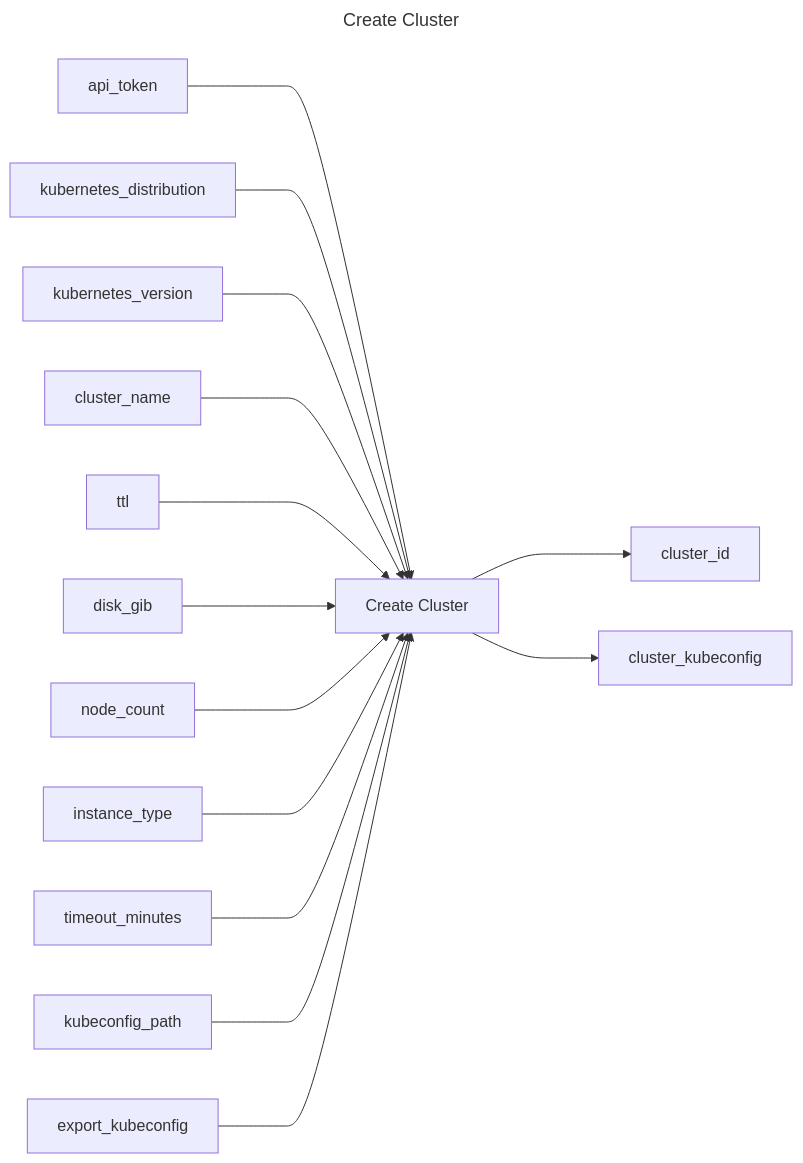
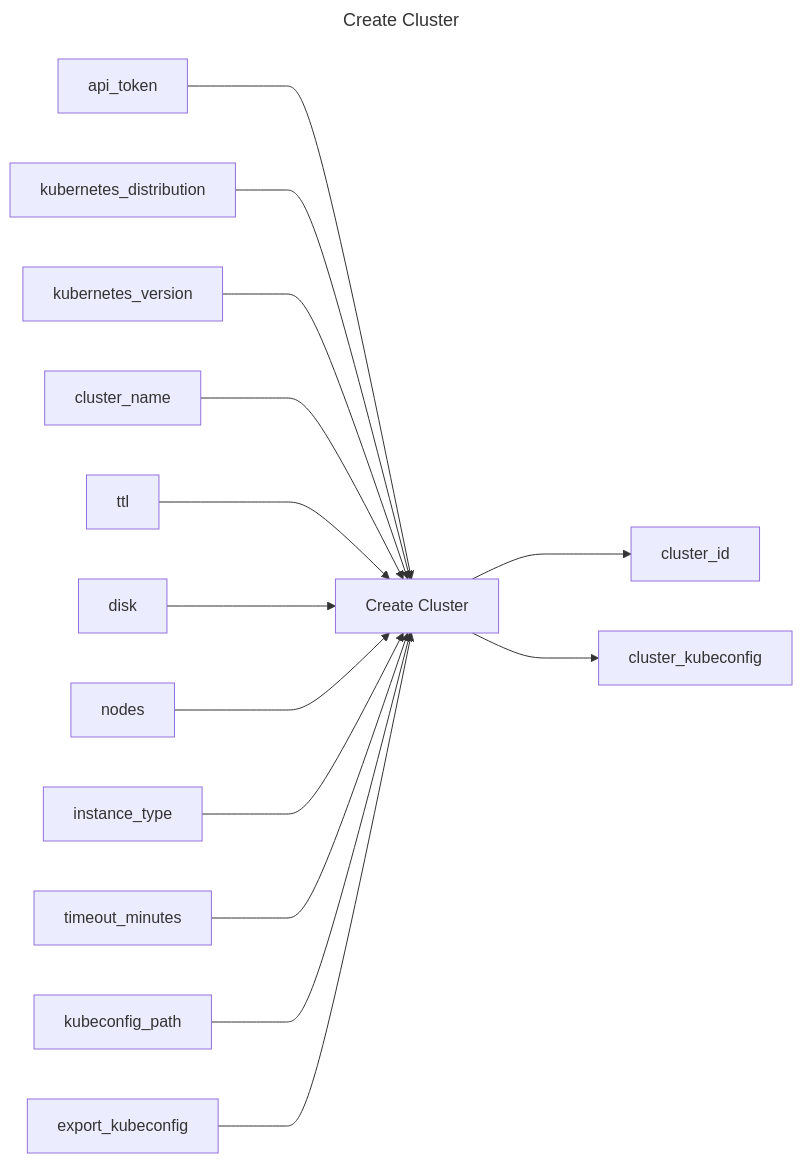
One commit to replicatedhq/replicated-actions changed the diagram in create-cluster/README.md. Above: the diagram before and after it, drawn with Mermaid. The commit also changed other lines of this file and 2 other files, not shown here.

Commit message:
Automated commit of npm build result and updated readme files

````diff
--- a/create-cluster/README.md
+++ b/create-cluster/README.md
@@ -3,20 +3,20 @@
 ```mermaid
 ---
 title: Create Cluster
 ---
 graph LR
 create_cluster["Create Cluster"]
 api_token ---> create_cluster
 kubernetes_distribution ---> create_cluster
 kubernetes_version ---> create_cluster
 cluster_name ---> create_cluster
 ttl ---> create_cluster
-disk_gib ---> create_cluster
-node_count ---> create_cluster
+disk ---> create_cluster
+nodes ---> create_cluster
 instance_type ---> create_cluster
 timeout_minutes ---> create_cluster
 kubeconfig_path ---> create_cluster
 export_kubeconfig ---> create_cluster
 create_cluster ---> cluster_id
 create_cluster ---> cluster_kubeconfig
 ```
````
